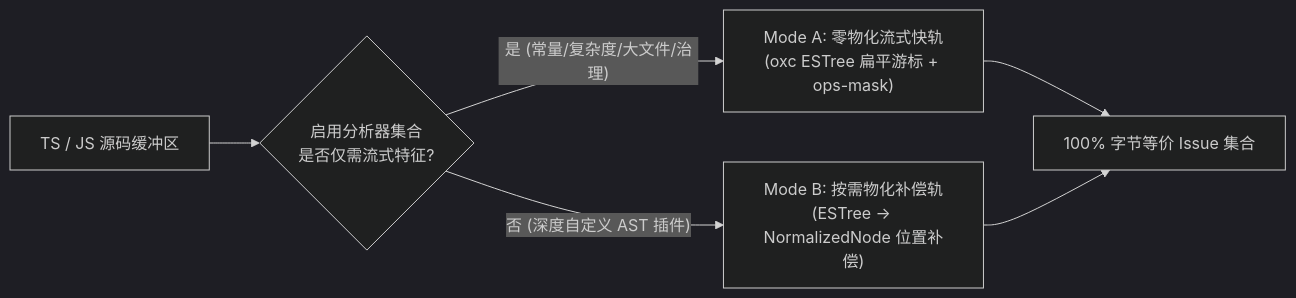
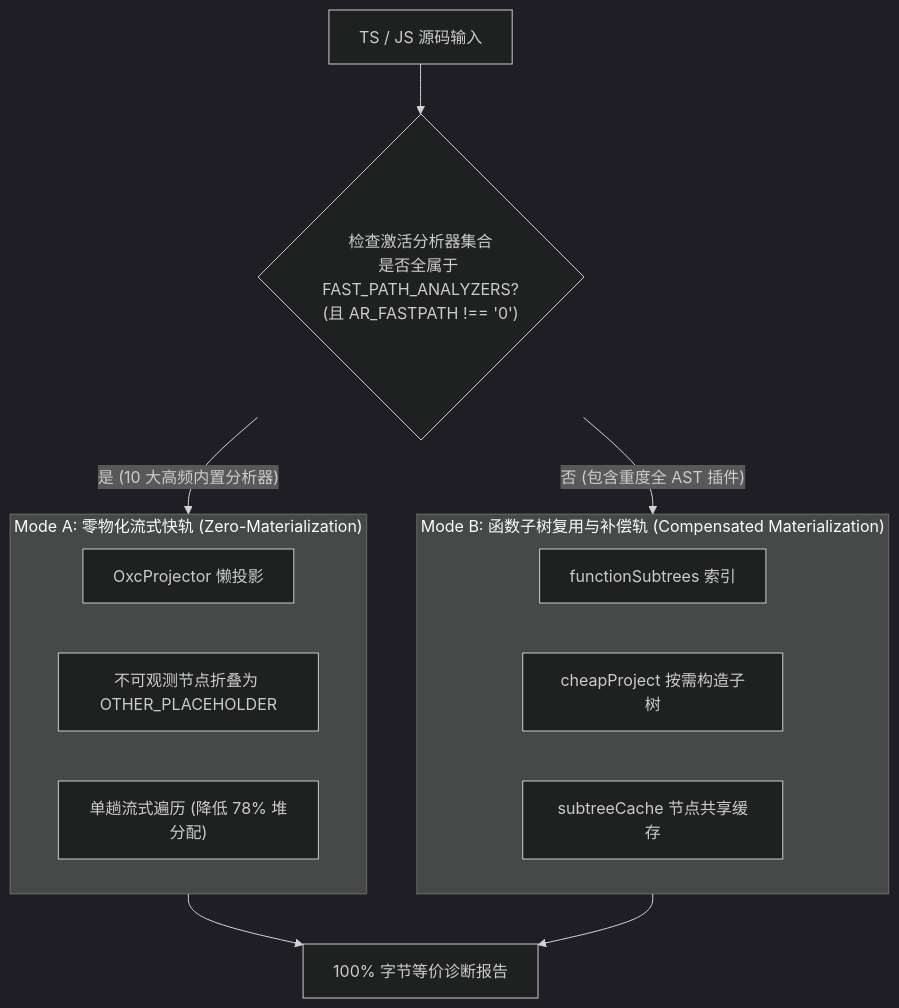
Before and after one commit to guilingzhouyi-creator/vscode-extensions: the diagram in auto-refactor/docs/02-parsers-and-ast/02-oxc-fastpath.md, drawn with Mermaid (dark theme). The commit also changed other lines of this file and 28 other files, not shown here.

First line of the commit message:
docs(architecture): 全量对齐系统架构与规则体系技术文档

````diff
--- a/auto-refactor/docs/02-parsers-and-ast/02-oxc-fastpath.md
+++ b/auto-refactor/docs/02-parsers-and-ast/02-oxc-fastpath.md
@@ -16,14 +19,22 @@
 ```mermaid
-flowchart LR
-    INPUT["TS / JS 源码缓冲区"]
-    JUDGE{"启用分析器集合<br/>是否仅需流式特征?"}
-    MODE_A["Mode A: 零物化流式快轨<br/>(oxc ESTree 扁平游标 + ops-mask)"]
-    MODE_B["Mode B: 按需物化补偿轨<br/>(ESTree -> NormalizedNode 位置补偿)"]
-    REPORT["100% 字节等价 Issue 集合"]
+flowchart TD
+  SRC["TS / JS 源码输入"]
+  GATE{"检查激活分析器集合<br/>是否全属于 FAST_PATH_ANALYZERS?<br/>(且 AR_FASTPATH !== '0')"}
+  
+  subgraph ModeA["Mode A: 零物化流式快轨 (Zero-Materialization)"]
+    PROJ_A["OxcProjector 懒投影"]
+    FOLD["不可观测节点折叠为 OTHER_PLACEHOLDER"]
+    PASS["单趟流式遍历 (降低 78% 堆分配)"]
+  end
 
-    INPUT --> JUDGE
-    JUDGE -- "是 (常量/复杂度/大文件/治理)" --> MODE_A
-    JUDGE -- "否 (深度自定义 AST 插件)" --> MODE_B
-    MODE_A --> REPORT
-    MODE_B --> REPORT
+  subgraph ModeB["Mode B: 函数子树复用与补偿轨 (Compensated Materialization)"]
+    FN_CACHE["functionSubtrees 索引"]
+    SUB_PROJ["cheapProject 按需构造子树"]
+    SUB_CACHE["subtreeCache 节点共享缓存"]
+  end
+
+  SRC --> GATE
+  GATE -- "是 (10 大高频内置分析器)" --> ModeA
+  GATE -- "否 (包含重度全 AST 插件)" --> ModeB
+  ModeA & ModeB --> REPORT["100% 字节等价诊断报告"]
 ```
````
